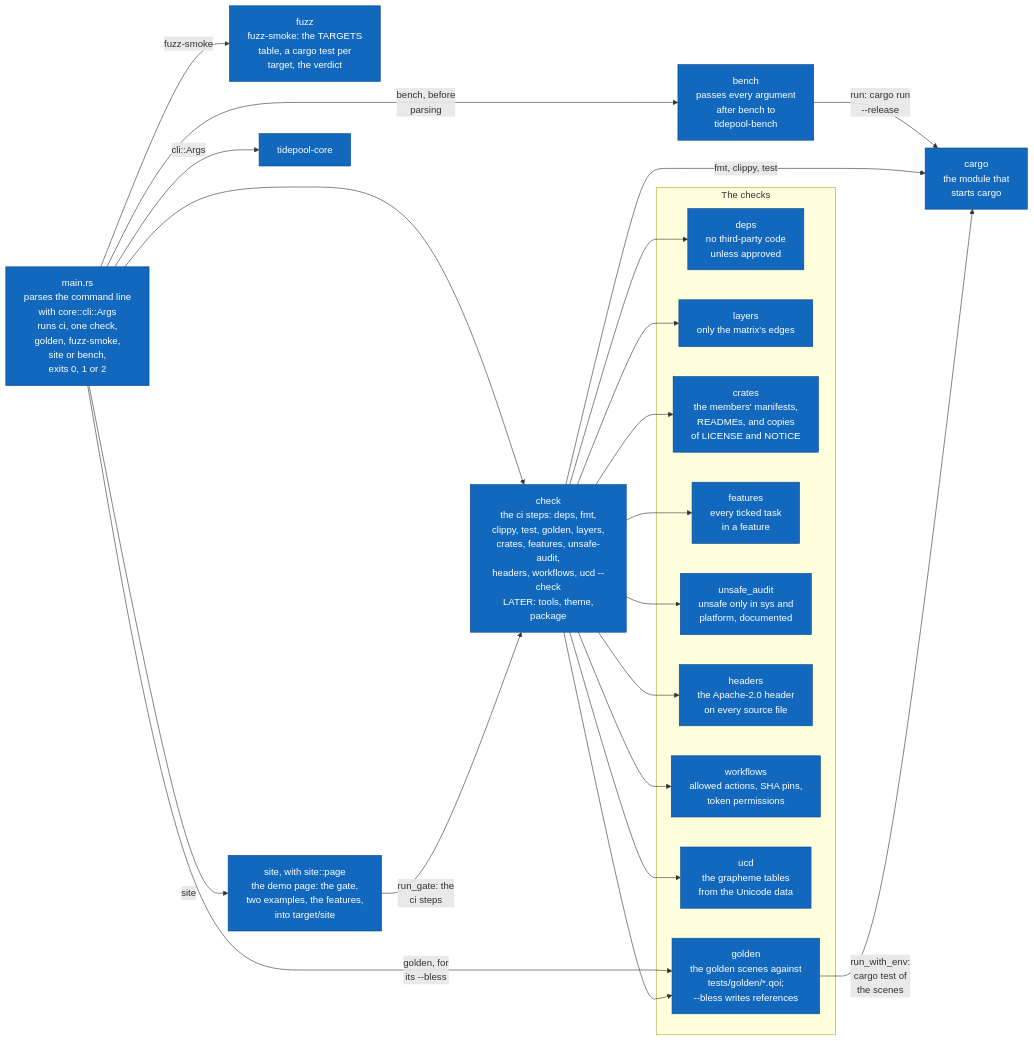
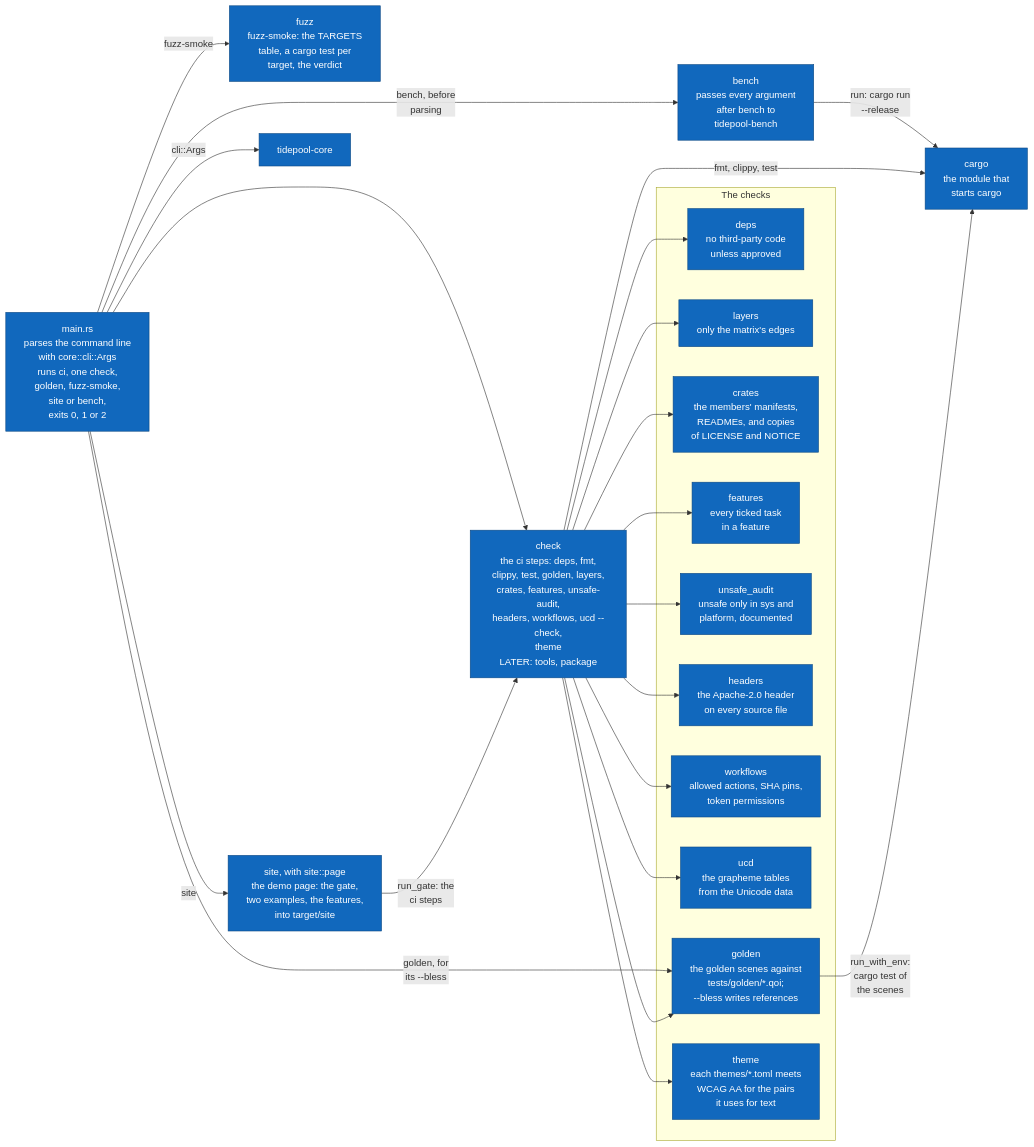
Before and after one commit to jabbott-iii/Tidepool: diagram 11 of 17 in diagrams/c4-architecture.md, drawn with Mermaid. The commit also changed other lines of this file and 50 other files, not shown here.

First line of the commit message:
ui: theme tokens and `cargo xtask theme` (M3.2)

````diff
--- a/diagrams/c4-architecture.md
+++ b/diagrams/c4-architecture.md
@@ -582,44 +594,46 @@
 ```mermaid
 flowchart LR
     m_main["main.rs<br/>parses the command line<br/>with core::cli::Args<br/>runs ci, one check,<br/>golden, fuzz-smoke,<br/>site or bench,<br/>exits 0, 1 or 2"]
-    m_check["check<br/>the ci steps: deps, fmt,<br/>clippy, test, golden, layers,<br/>crates, features, unsafe-audit,<br/>headers, workflows, ucd --check<br/>LATER: tools, theme,<br/>package"]
+    m_check["check<br/>the ci steps: deps, fmt,<br/>clippy, test, golden, layers,<br/>crates, features, unsafe-audit,<br/>headers, workflows, ucd --check,<br/>theme<br/>LATER: tools, package"]
     subgraph b_checks["The checks"]
         m_deps["deps<br/>no third-party code<br/>unless approved"]
         m_layers["layers<br/>only the matrix's edges"]
         m_crates["crates<br/>the members' manifests,<br/>READMEs, and copies<br/>of LICENSE and NOTICE"]
         m_features["features<br/>every ticked task<br/>in a feature"]
         m_unsafe["unsafe_audit<br/>unsafe only in sys and<br/>platform, documented"]
         m_headers["headers<br/>the Apache-2.0 header<br/>on every source file"]
         m_workflows["workflows<br/>allowed actions, SHA pins,<br/>token permissions"]
         m_ucd["ucd<br/>the grapheme tables<br/>from the Unicode data"]
         m_golden["golden<br/>the golden scenes against<br/>tests/golden/*.qoi;<br/>--bless writes references"]
+        m_theme["theme<br/>each themes/*.toml meets<br/>WCAG AA for the pairs<br/>it uses for text"]
     end
     m_fuzz["fuzz<br/>fuzz-smoke: the TARGETS<br/>table, a cargo test per<br/>target, the verdict"]
     m_site["site, with site::page<br/>the demo page: the gate,<br/>two examples, the features,<br/>into target/site"]
     m_bench["bench<br/>passes every argument<br/>after bench to<br/>tidepool-bench"]
     m_cargo["cargo<br/>the module that<br/>starts cargo"]
     k_core["tidepool-core"]
 
     m_main --> m_check
     m_main -->|"golden, for<br/>its --bless"| m_golden
     m_main -->|"fuzz-smoke"| m_fuzz
     m_main -->|"site"| m_site
     m_main -->|"bench, before<br/>parsing"| m_bench
     m_bench -->|"run: cargo run<br/>--release"| m_cargo
     m_site -->|"run_gate: the<br/>ci steps"| m_check
     m_main -->|"cli::Args"| k_core
     m_check --> m_deps
     m_check --> m_layers
     m_check --> m_crates
     m_check --> m_features
     m_check --> m_unsafe
     m_check --> m_headers
     m_check --> m_workflows
     m_check --> m_ucd
     m_check --> m_golden
+    m_check --> m_theme
     m_check -->|"fmt, clippy, test"| m_cargo
     m_golden -->|"run_with_env:<br/>cargo test of<br/>the scenes"| m_cargo
 
     classDef built fill:#1168bd,stroke:#0b4884,color:#ffffff
-    class m_main,m_check,m_deps,m_layers,m_crates,m_features,m_unsafe,m_headers,m_workflows,m_ucd,m_golden,m_fuzz,m_site,m_bench,m_cargo,k_core built
+    class m_main,m_check,m_deps,m_layers,m_crates,m_features,m_unsafe,m_headers,m_workflows,m_ucd,m_golden,m_theme,m_fuzz,m_site,m_bench,m_cargo,k_core built
 ```
````
